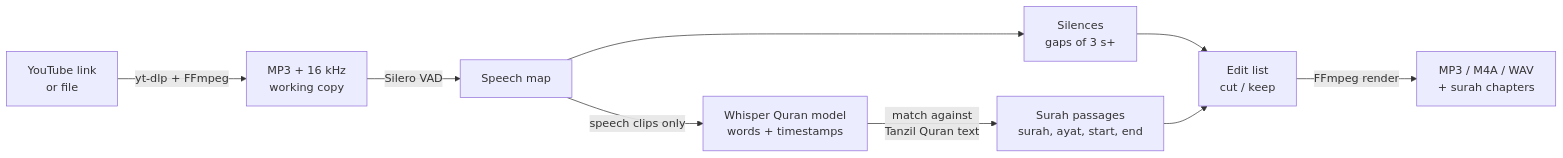
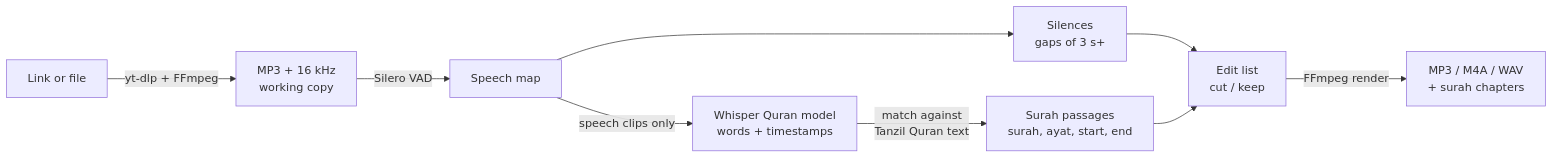
Before and after one commit to H-Khan26/sawt-sakinah: the diagram in README.md, drawn with Mermaid. The commit also changed other lines of this file and 15 other files, not shown here.

First line of the commit message:
Import links from YouTube, Instagram, X and Facebook in the app

````diff
--- a/README.md
+++ b/README.md
@@ -132,11 +133,11 @@
 ```mermaid
 flowchart LR
-    A[YouTube link<br>or file] -->|yt-dlp + FFmpeg| B[MP3 + 16 kHz<br>working copy]
+    A[Link or file] -->|yt-dlp + FFmpeg| B[MP3 + 16 kHz<br>working copy]
     B -->|Silero VAD| C[Speech map]
     C --> D[Silences<br>gaps of 3 s+]
     C -->|speech clips only| E[Whisper Quran model<br>words + timestamps]
     E -->|match against<br>Tanzil Quran text| F[Surah passages<br>surah, ayat, start, end]
     D --> G[Edit list<br>cut / keep]
     F --> G
     G -->|FFmpeg render| H[MP3 / M4A / WAV<br>+ surah chapters]
 ```
````
